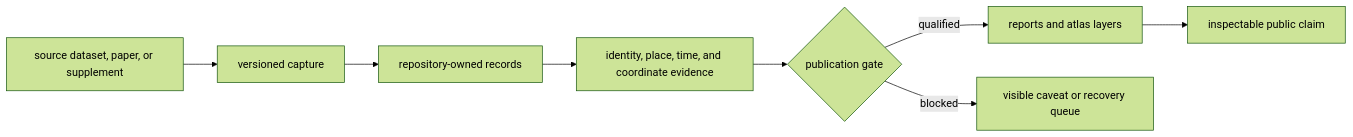
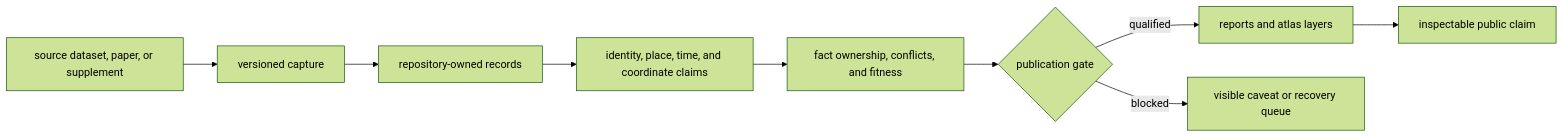
Before and after one commit to bijux/bijux-pollenomics: the second of 6 diagrams in docs/index.md, drawn with Mermaid (forest theme). The commit also changed other lines of this file and 1 other file, not shown here.

Commit message:
docs(entrypoints): foreground evidence curation authority

````diff
--- a/docs/index.md
+++ b/docs/index.md
@@ -98,10 +100,11 @@
 ```mermaid
 flowchart LR
     Source["source dataset, paper, or supplement"] --> Capture["versioned capture"]
     Capture --> Normalize["repository-owned records"]
-    Normalize --> Evidence["identity, place, time, and coordinate evidence"]
-    Evidence --> Gate{"publication gate"}
+    Normalize --> Evidence["identity, place, time, and coordinate claims"]
+    Evidence --> Curate["fact ownership, conflicts, and fitness"]
+    Curate --> Gate{"publication gate"}
     Gate -->|qualified| Reports["reports and atlas layers"]
     Gate -->|blocked| Review["visible caveat or recovery queue"]
     Reports --> Reader["inspectable public claim"]
 ```
````
